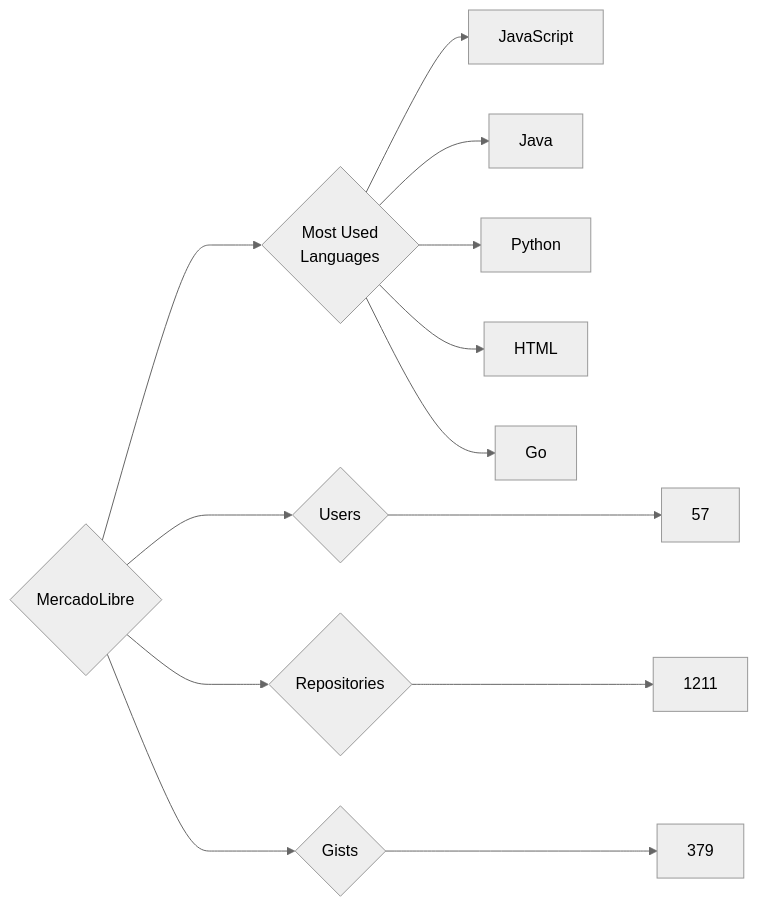
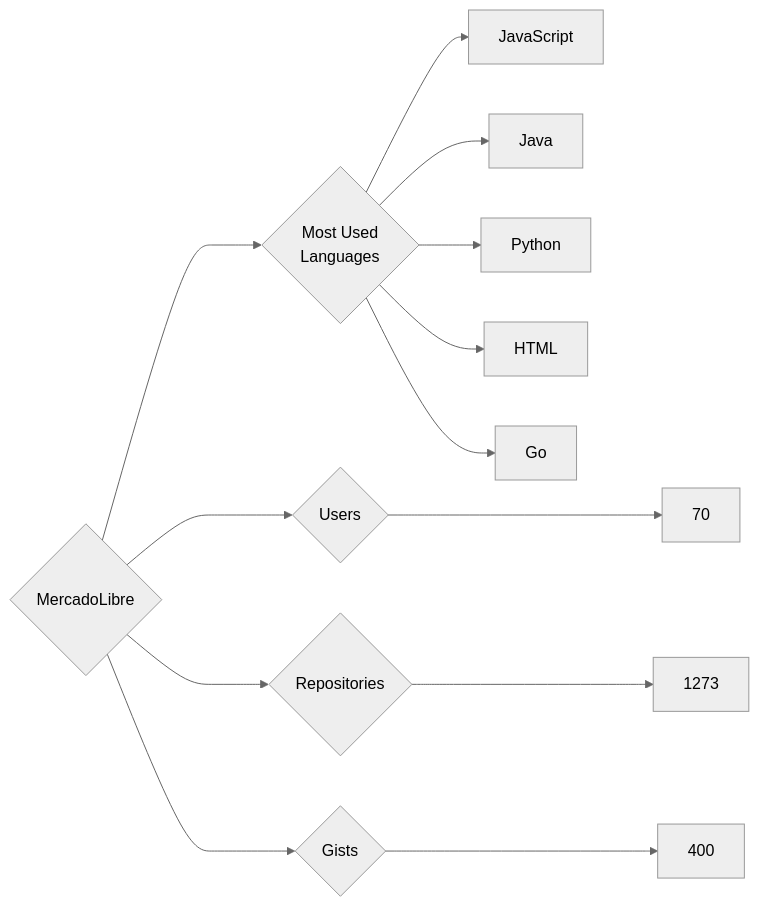
The diagram in targets/MercadoLibre/README.md (trickest/insiders), drawn with Mermaid (neutral theme) before and after one commit. The commit also changed 695 other files, not shown here.

````diff
--- a/targets/MercadoLibre/README.md
+++ b/targets/MercadoLibre/README.md
@@ -3,13 +3,13 @@
 ```mermaid
 graph LR
 COMPANY_NAME{MercadoLibre}
-COMPANY_NAME ---> U{Users} ---> UN[57]
-COMPANY_NAME ---> R{Repositories} ---> RN[1211]
-COMPANY_NAME ---> G{Gists} ---> GN[379]
+COMPANY_NAME ---> U{Users} ---> UN[70]
+COMPANY_NAME ---> R{Repositories} ---> RN[1273]
+COMPANY_NAME ---> G{Gists} ---> GN[400]
 COMPANY_NAME ---> ML{Most Used<br>Languages}
 ML --> JavaScript[JavaScript]
 ML --> Java[Java]
 ML --> Python[Python]
 ML --> HTML[HTML]
 ML --> Go[Go]
 ```
````
